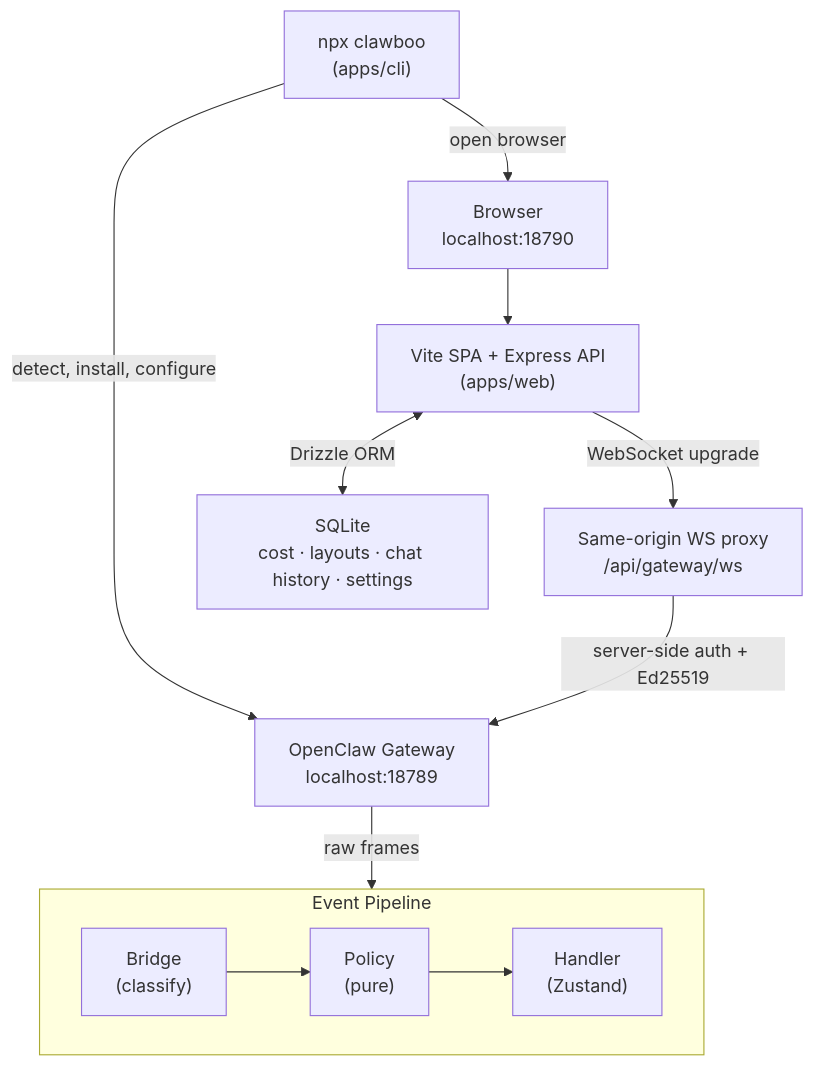
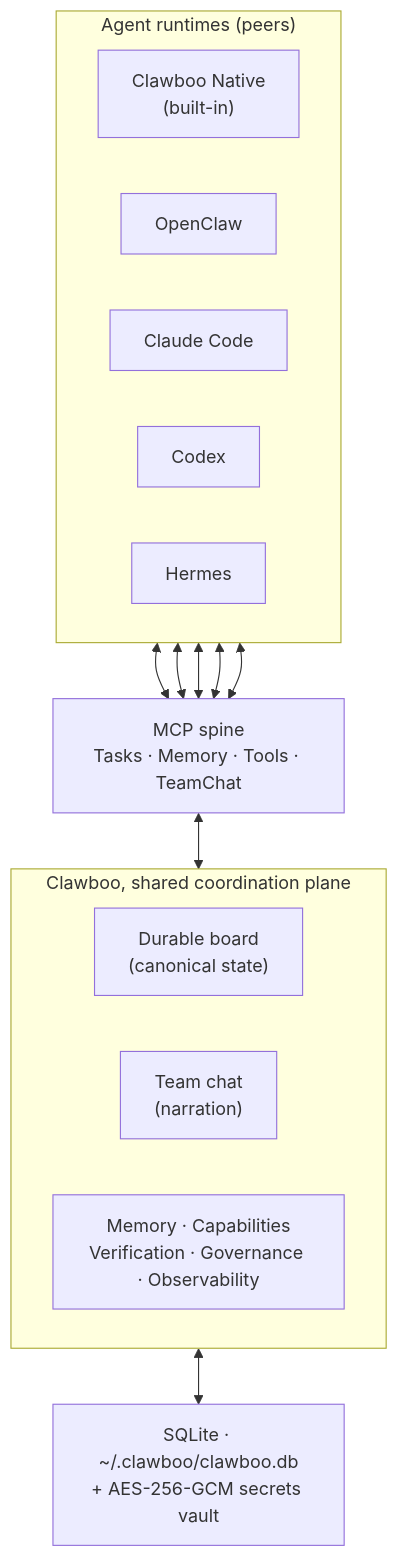
Before and after one commit to clawboo/clawboo: the diagram in README.md, drawn with Mermaid. The commit also changed other lines of this file and 735 other files, not shown here.

First line of the commit message:
feat(platform): introduce core runtime and clawboo orchestrator upgrade (#43)

````diff
--- a/README.md
+++ b/README.md
@@ -152,23 +103,30 @@
 ```mermaid
 graph TD
-    CLI["npx clawboo<br/>(apps/cli)"]
-    Browser["Browser<br/>localhost:18790"]
-    Web["Vite SPA + Express API<br/>(apps/web)"]
-    Proxy["Same-origin WS proxy<br/>/api/gateway/ws"]
-    Gateway["OpenClaw Gateway<br/>localhost:18789"]
-    SQLite["SQLite<br/>cost · layouts · chat history · settings"]
-
-    CLI -->|"detect, install, configure"| Gateway
-    CLI -->|"open browser"| Browser
-    Browser --> Web
-    Web -->|"WebSocket upgrade"| Proxy
-    Proxy -->|"server-side auth + Ed25519"| Gateway
-    Web <-->|"Drizzle ORM"| SQLite
-
-    subgraph "Event Pipeline"
-        direction LR
-        Bridge["Bridge<br/>(classify)"] --> Policy["Policy<br/>(pure)"] --> Handler["Handler<br/>(Zustand)"]
+    subgraph RT["Agent runtimes (peers)"]
+      direction LR
+      Native["Clawboo Native<br/>(built-in)"]
+      OC["OpenClaw"]
+      CC["Claude Code"]
+      CX["Codex"]
+      HM["Hermes"]
     end
 
-    Gateway -->|"raw frames"| Bridge
+    MCP["MCP spine<br/>Tasks · Memory · Tools · TeamChat"]
+
+    subgraph CB["Clawboo, shared coordination plane"]
+      direction LR
+      Board["Durable board<br/>(canonical state)"]
+      Chat["Team chat<br/>(narration)"]
+      Plane["Memory · Capabilities<br/>Verification · Governance · Observability"]
+    end
+
+    Store["SQLite · ~/.clawboo/clawboo.db<br/>+ AES-256-GCM secrets vault"]
+
+    Native <--> MCP
+    OC <--> MCP
+    CC <--> MCP
+    CX <--> MCP
+    HM <--> MCP
+    MCP <--> CB
+    CB <--> Store
 ```
````
